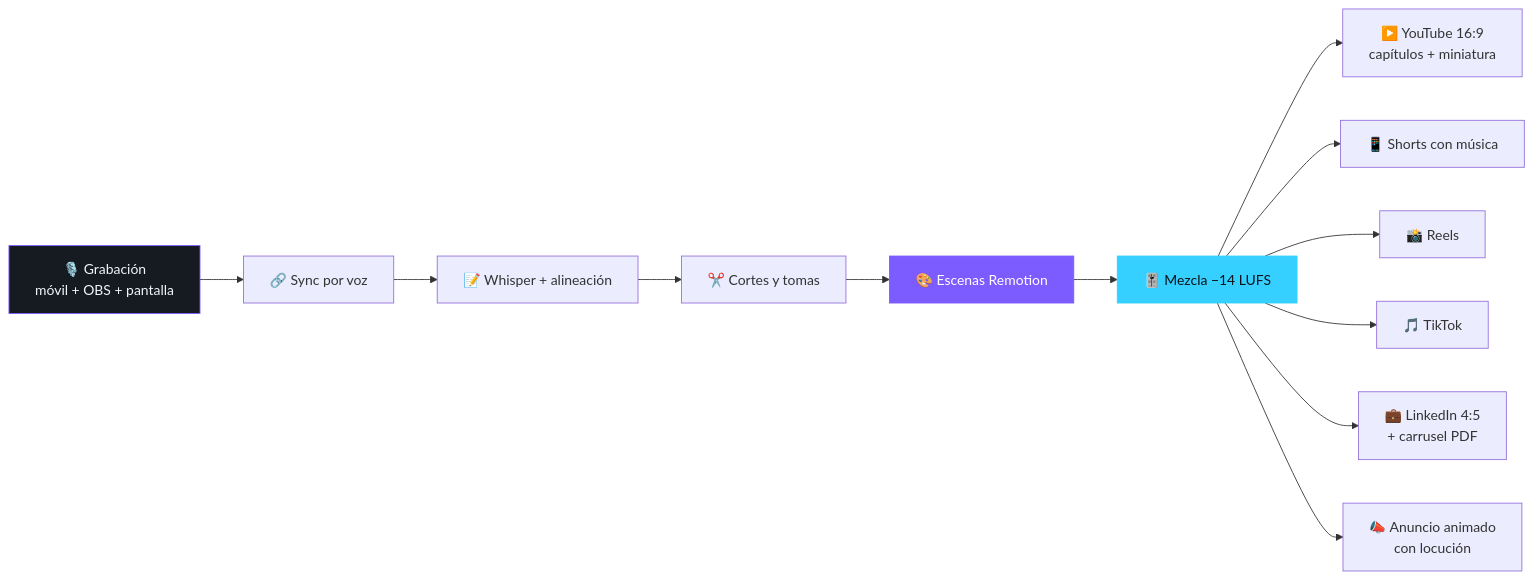
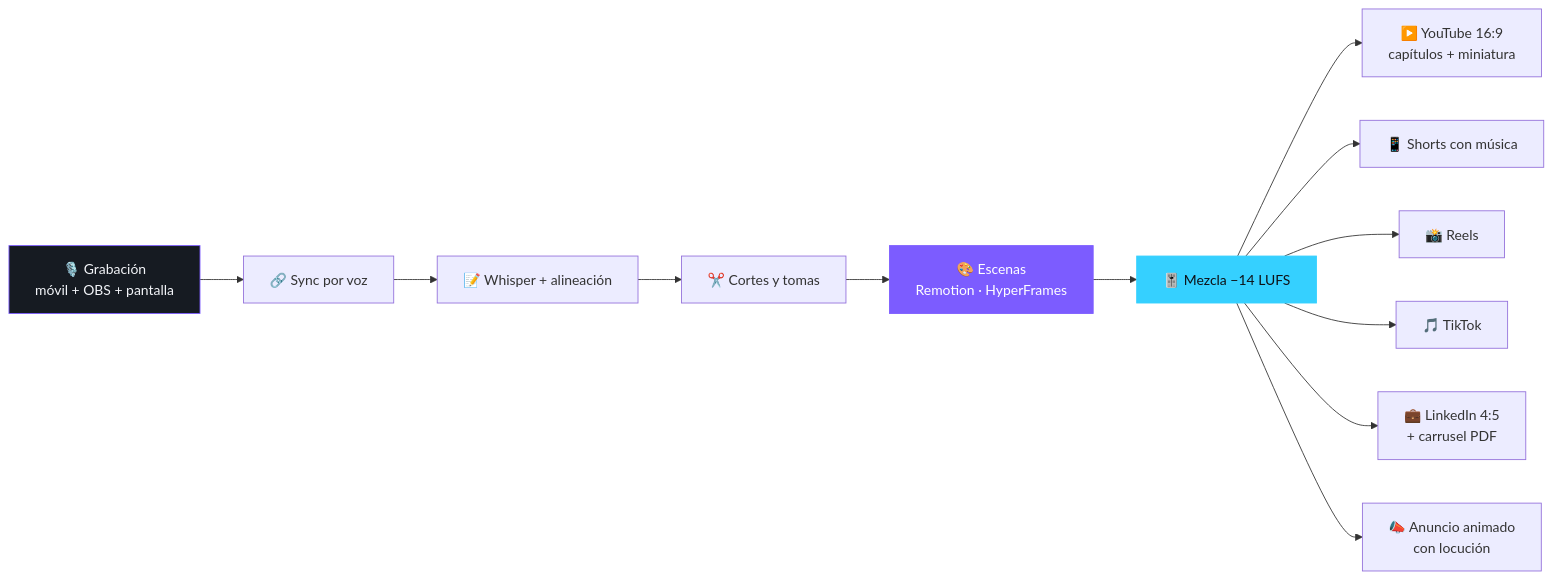
The diagram in README.md (brianacevedo2001-lab/Skill-Editor-IA), drawn with Mermaid before and after one commit. The commit also changed other lines of this file and 1 other file, not shown here.

First line of the commit message:
docs: motor HyperFrames en CLAUDE.md y README

````diff
--- a/README.md
+++ b/README.md
@@ -80,18 +82,18 @@
 ```mermaid
 flowchart LR
     A["🎙️ Grabación<br/>móvil + OBS + pantalla"] --> B["🔗 Sync por voz"]
     B --> C["📝 Whisper + alineación"]
     C --> D["✂️ Cortes y tomas"]
-    D --> E["🎨 Escenas Remotion"]
+    D --> E["🎨 Escenas<br/>Remotion · HyperFrames"]
     E --> F["🎚️ Mezcla −14 LUFS"]
     F --> Y["▶️ YouTube 16:9<br/>capítulos + miniatura"]
     F --> S["📱 Shorts con música"]
     F --> I["📸 Reels"]
     F --> T["🎵 TikTok"]
     F --> L["💼 LinkedIn 4:5<br/>+ carrusel PDF"]
     F --> P["📣 Anuncio animado<br/>con locución"]
 
     style A fill:#161B22,stroke:#7C5CFF,color:#F2F4F8
     style E fill:#7C5CFF,stroke:#7C5CFF,color:#fff
     style F fill:#35D0FF,stroke:#35D0FF,color:#0E1116
 ```
````
